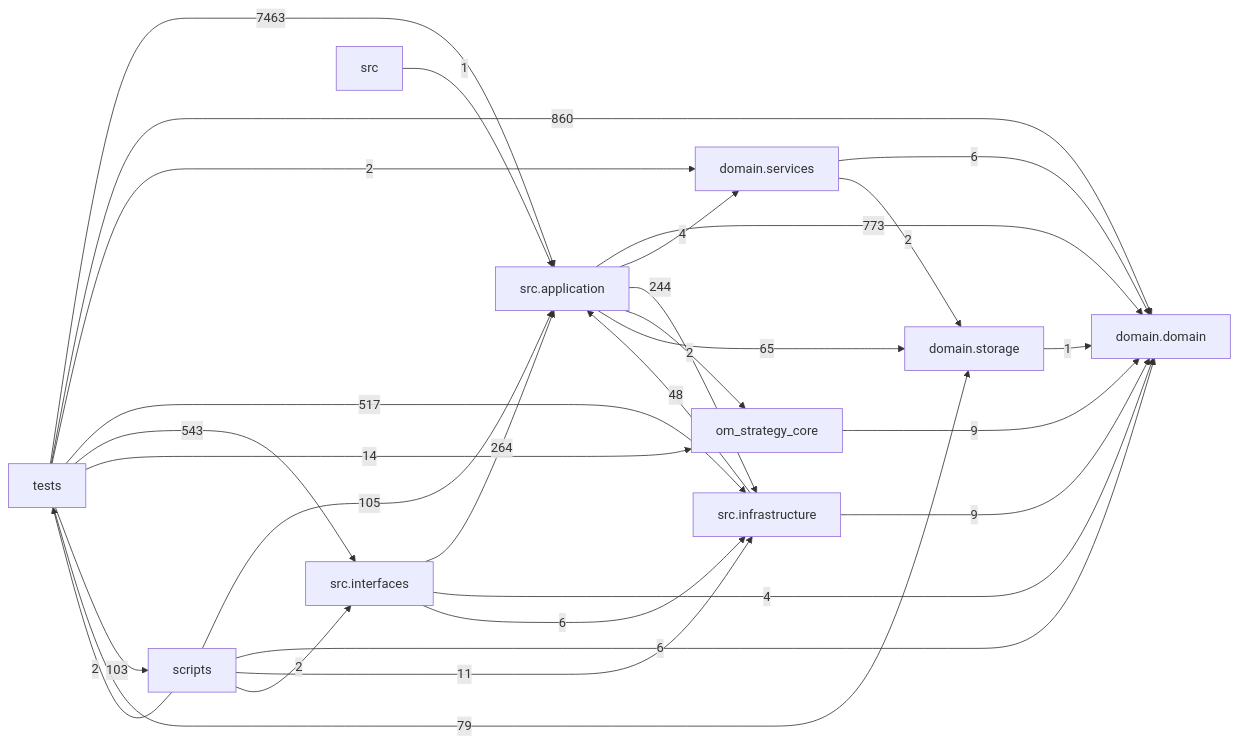
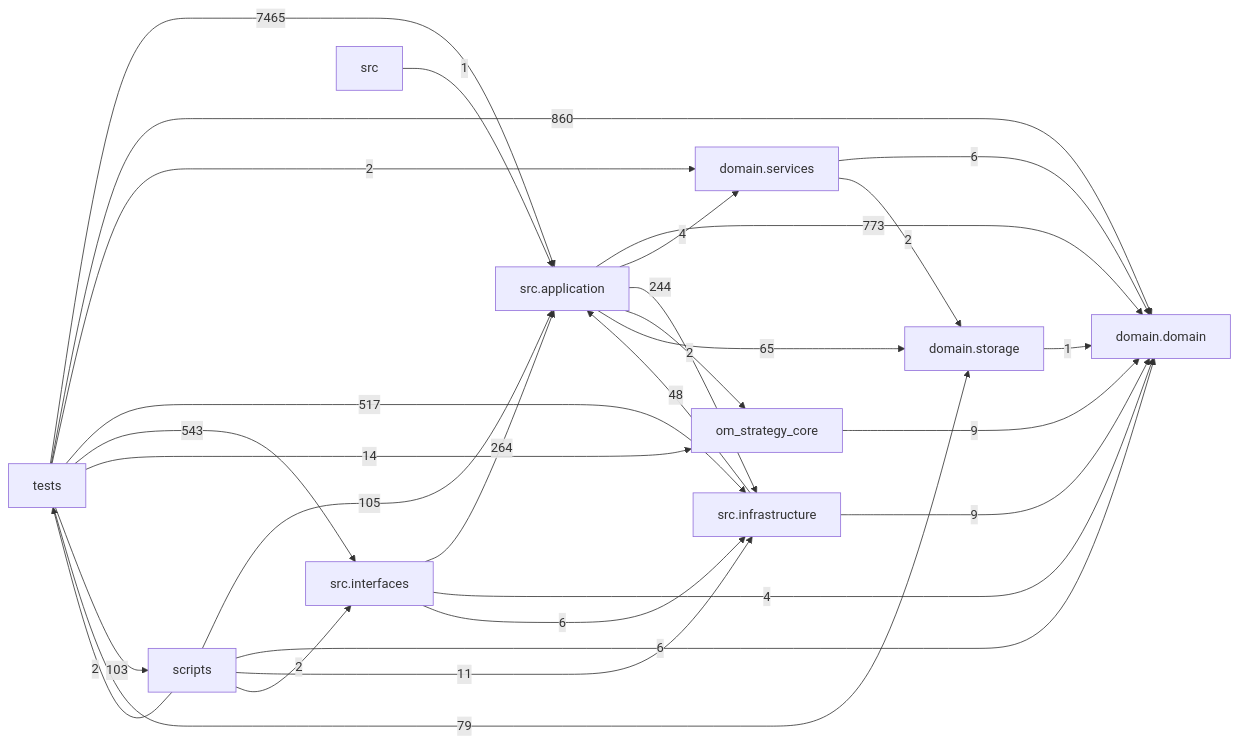
One commit to liuxie066/options-monitor changed the diagram in docs/DEPENDENCY_GRAPH.md. Above: the diagram before and after it, drawn with Mermaid. The commit also changed other lines of this file and 4 other files, not shown here.

````diff
--- a/docs/DEPENDENCY_GRAPH.md
+++ b/docs/DEPENDENCY_GRAPH.md
@@ -24,39 +24,39 @@
 ```mermaid
 flowchart LR
   tests["tests"]
   scripts["scripts"]
   interfaces["src.interfaces"]
   application["src.application"]
   infrastructure["src.infrastructure"]
   domain_services["domain.services"]
   domain["domain.domain"]
   storage["domain.storage"]
   application -->|773| domain
   application -->|4| domain_services
   application -->|244| infrastructure
   application -->|2| om_strategy_core
   application -->|65| storage
   domain_services -->|6| domain
   domain_services -->|2| storage
   infrastructure -->|48| application
   infrastructure -->|9| domain
   interfaces -->|264| application
   interfaces -->|4| domain
   interfaces -->|6| infrastructure
   om_strategy_core -->|9| domain
   scripts -->|105| application
   scripts -->|6| domain
   scripts -->|11| infrastructure
   scripts -->|2| interfaces
   scripts -->|2| tests
   src -->|1| application
   storage -->|1| domain
-  tests -->|7463| application
+  tests -->|7465| application
   tests -->|860| domain
   tests -->|2| domain_services
   tests -->|517| infrastructure
   tests -->|543| interfaces
   tests -->|14| om_strategy_core
   tests -->|103| scripts
   tests -->|79| storage
 ```
````
